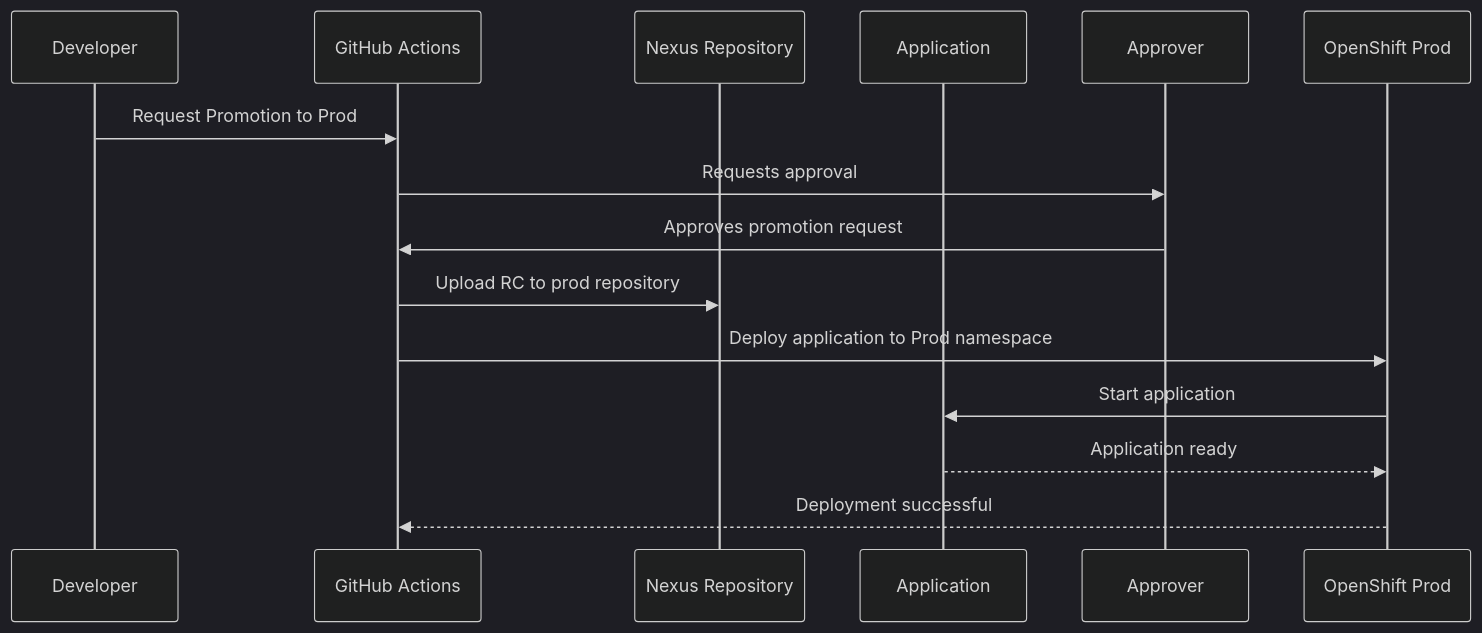
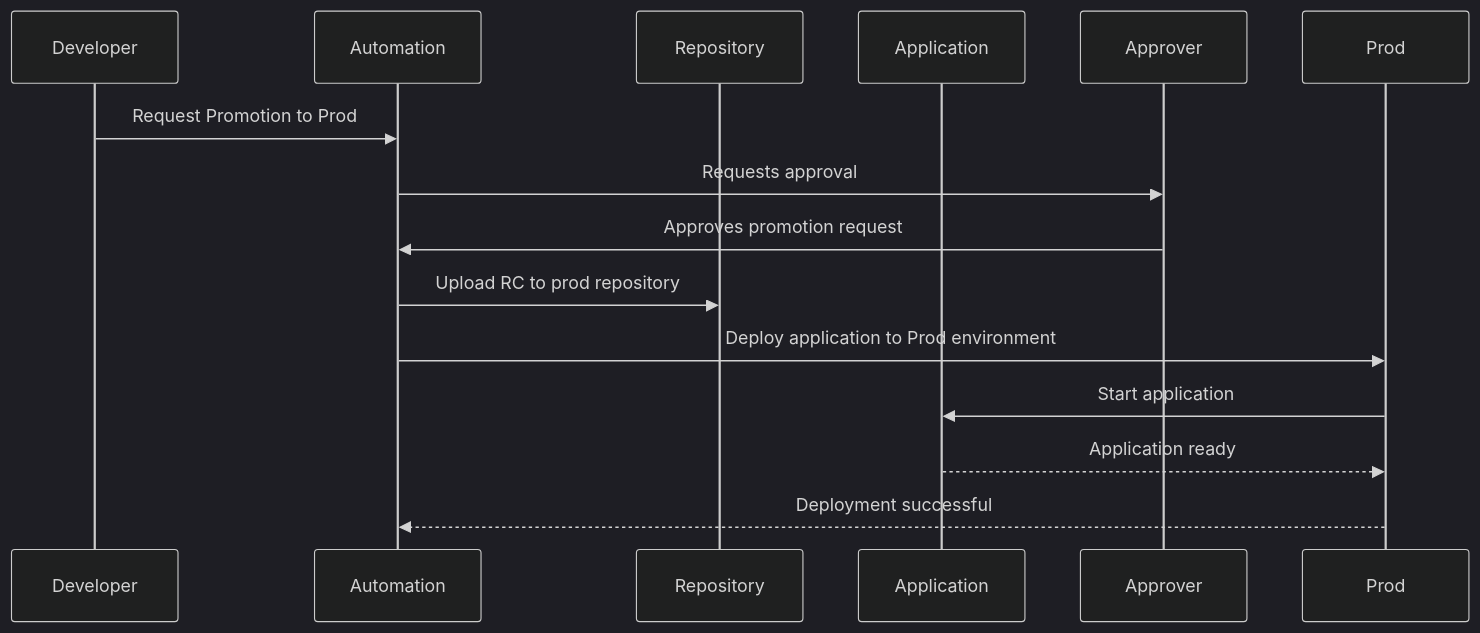
The third of 3 diagrams in deployment.md (cdkovacs/gi-pov), drawn with Mermaid (dark theme) before and after one commit. The commit also changed other lines of this file and 3 other files, not shown here.

Commit message:
Added flow version, made deployment diagram generic

````diff
--- a/deployment.md
+++ b/deployment.md
@@ -98,21 +98,21 @@
 ```mermaid
 sequenceDiagram
     participant Dev as Developer
-    participant GA as GitHub Actions
-    participant Nexus as Nexus Repository
+    participant GA as Automation
+    participant Nexus as Repository
     participant App as Application
     participant TL as Approver
-    participant OSP as OpenShift Prod
+    participant OSP as Prod
 
     Dev->>GA: Request Promotion to Prod
     GA->>TL: Requests approval
     TL->>GA: Approves promotion request
 
     GA->>Nexus: Upload RC to prod repository
 
-    GA->>OSP: Deploy application to Prod namespace
+    GA->>OSP: Deploy application to Prod environment
     OSP->>App: Start application
     App-->>OSP: Application ready
     OSP-->>GA: Deployment successful
 
 ```
````
